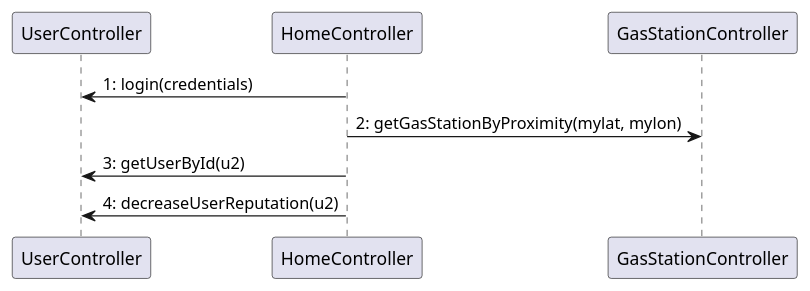
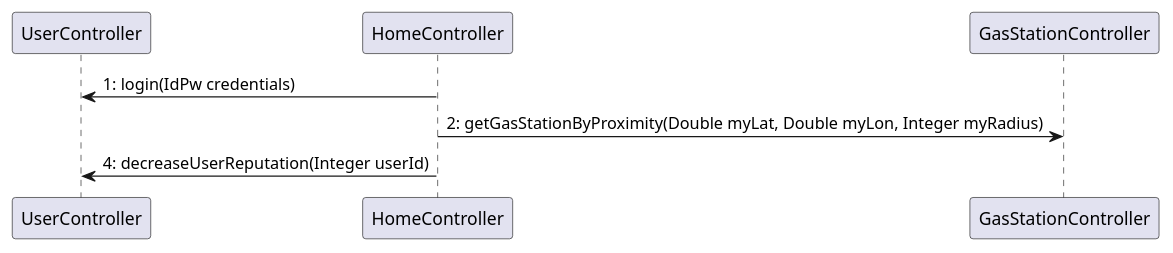
One commit to LucaOddoneSE/EZGas changed the sixth of 6 diagrams in docs/DesignDocument.md. Above: the diagram before and after it, drawn with PlantUML. The commit also changed other lines of this file, not shown here.

Commit message:
fix:updated Verification Sequence Diagrams accordingly with V2

````diff
--- a/docs/DesignDocument.md
+++ b/docs/DesignDocument.md
@@ -697,8 +696,7 @@
 ```plantuml
 @startuml
-UserController <- HomeController : 1: login(credentials)
-HomeController -> GasStationController : 2: getGasStationByProximity(mylat, mylon)
-UserController <- HomeController : 3: getUserById(u2)
-UserController <- HomeController : 4: decreaseUserReputation(u2)
+UserController <- HomeController : 1: login(IdPw credentials)
+HomeController -> GasStationController : 2: getGasStationByProximity(Double myLat, Double myLon, Integer myRadius)
+UserController <- HomeController : 4: decreaseUserReputation(Integer userId)
 @enduml
 ```
````
